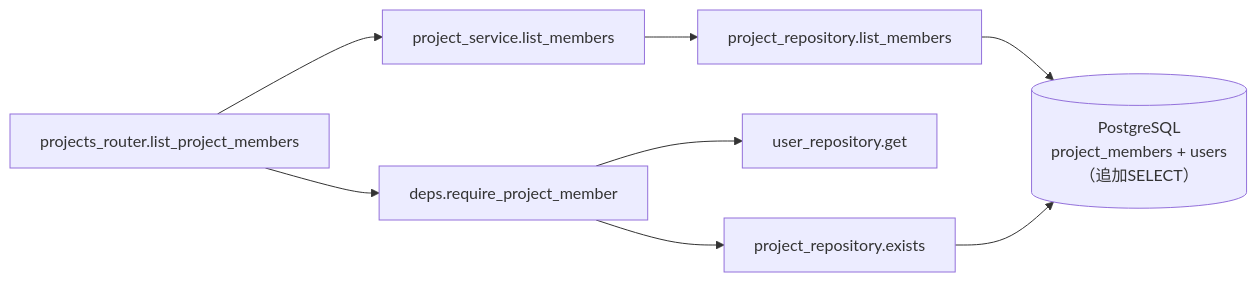
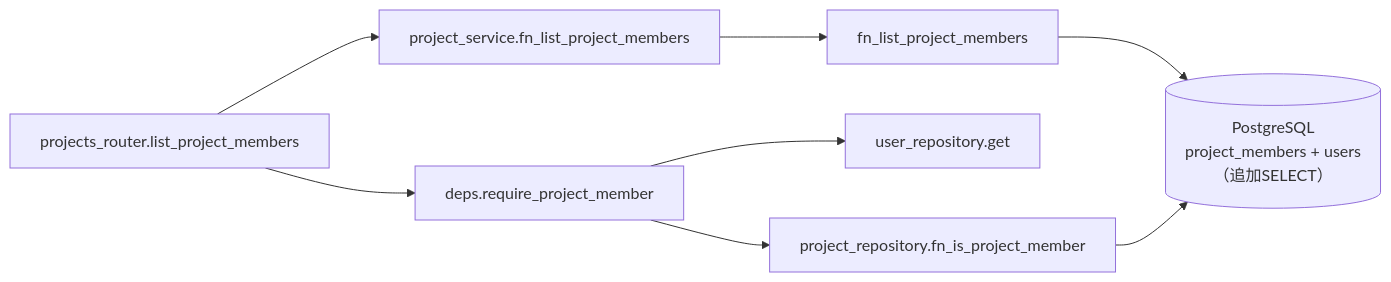
Before and after one commit to oikawa-d/task_management: the third of 4 diagrams in detailed_design/api/projects/06_get_project_members.md, drawn with Mermaid. The commit also changed other lines of this file and 58 other files, not shown here.

````diff
--- a/detailed_design/api/projects/06_get_project_members.md
+++ b/detailed_design/api/projects/06_get_project_members.md
@@ -186,10 +186,10 @@
 ```mermaid
 flowchart LR
     R["projects_router.list_project_members"] --> D["deps.require_project_member"]
-    R --> S["project_service.list_members"]
-    D --> RP1["project_repository.exists"]
+    R --> S["project_service.fn_list_project_members"]
+    D --> RP1["project_repository.fn_is_project_member"]
     D --> URP["user_repository.get"]
-    S --> RP2["project_repository.list_members"]
+    S --> RP2["fn_list_project_members"]
     RP2 --> PG[("PostgreSQL<br/>project_members + users（追加SELECT）")]
     RP1 --> PG
 ```
````
